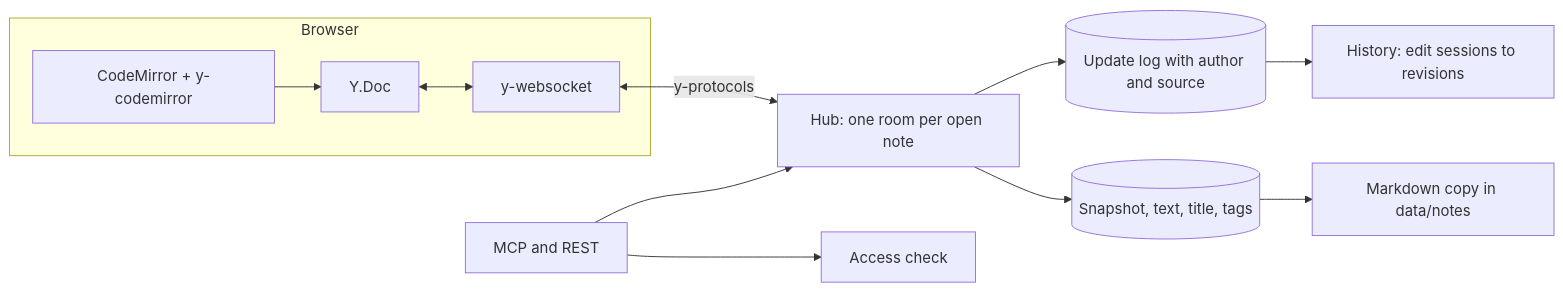
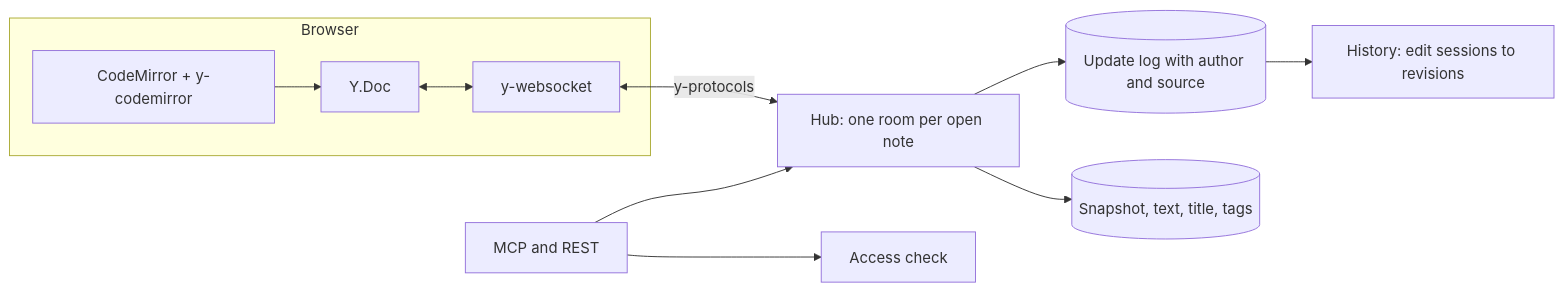
One commit to GreyhavenHQ/greydoc changed the diagram in docs/architecture.md. Above: the diagram before and after it, drawn with Mermaid. The commit also changed other lines of this file and 16 other files, not shown here.

````diff
--- a/docs/architecture.md
+++ b/docs/architecture.md
@@ -5,14 +5,13 @@
 ```mermaid
 flowchart LR
   subgraph Browser
     E[CodeMirror + y-codemirror] --> Y[Y.Doc]
     Y <--> W[y-websocket]
   end
   W <-->|y-protocols| H[Hub: one room per open note]
   M[MCP and REST] --> A[Access check]
   M --> H
   H --> L[(Update log with author and source)]
   H --> S[(Snapshot, text, title, tags)]
   L --> R[History: edit sessions to revisions]
-  S --> F[Markdown copy in data/notes]
 ```
````
